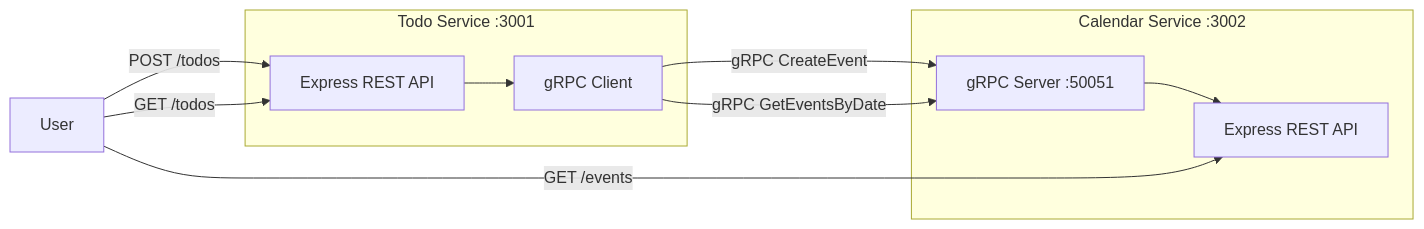
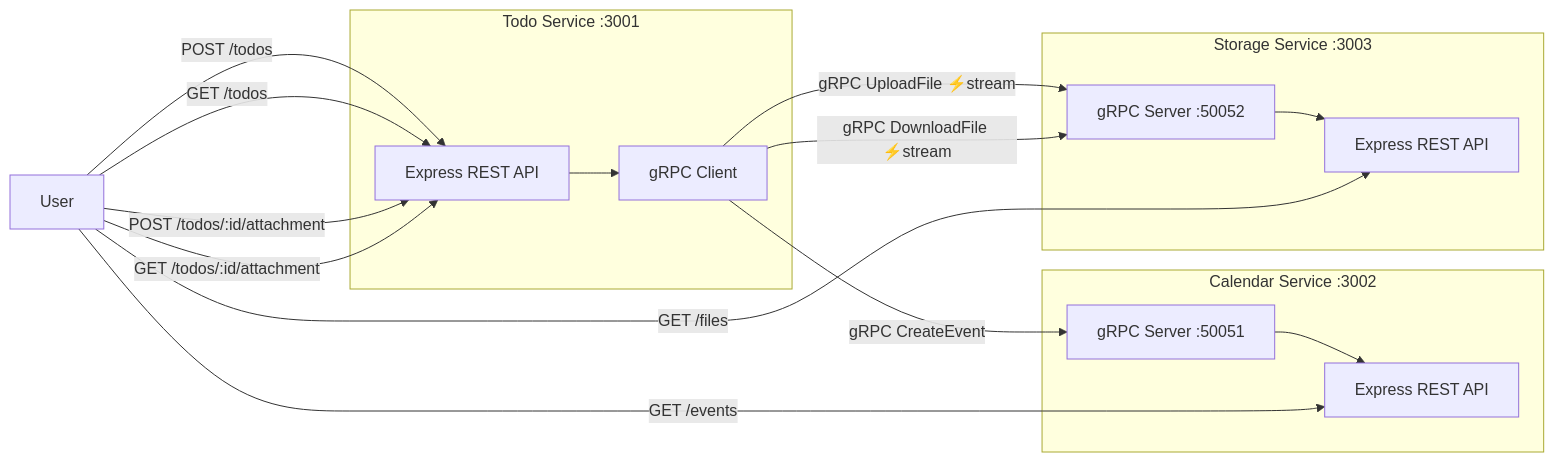
Before and after one commit to Primilink/grpc-example: the first of 7 diagrams in README.md, drawn with Mermaid. The commit also changed other lines of this file and 8 other files, not shown here.

Commit message:
feat(storage): add storage service with gRPC streaming for file uploads and downloads

````diff
--- a/README.md
+++ b/README.md
@@ -7,20 +7,30 @@
 ```mermaid
 flowchart LR
     subgraph TodoService["Todo Service :3001"]
         TE[Express REST API]
         TC[gRPC Client]
     end
 
     subgraph CalendarService["Calendar Service :3002"]
         CE[Express REST API]
         CS[gRPC Server :50051]
     end
 
+    subgraph StorageService["Storage Service :3003"]
+        SE[Express REST API]
+        SS[gRPC Server :50052]
+    end
+
     User -->|POST /todos| TE
     User -->|GET /todos| TE
+    User -->|POST /todos/:id/attachment| TE
+    User -->|GET /todos/:id/attachment| TE
     TE --> TC
     TC -->|gRPC CreateEvent| CS
-    TC -->|gRPC GetEventsByDate| CS
+    TC -->|gRPC UploadFile ⚡stream| SS
+    TC -->|gRPC DownloadFile ⚡stream| SS
     CS --> CE
+    SS --> SE
     User -->|GET /events| CE
+    User -->|GET /files| SE
 ```
````
